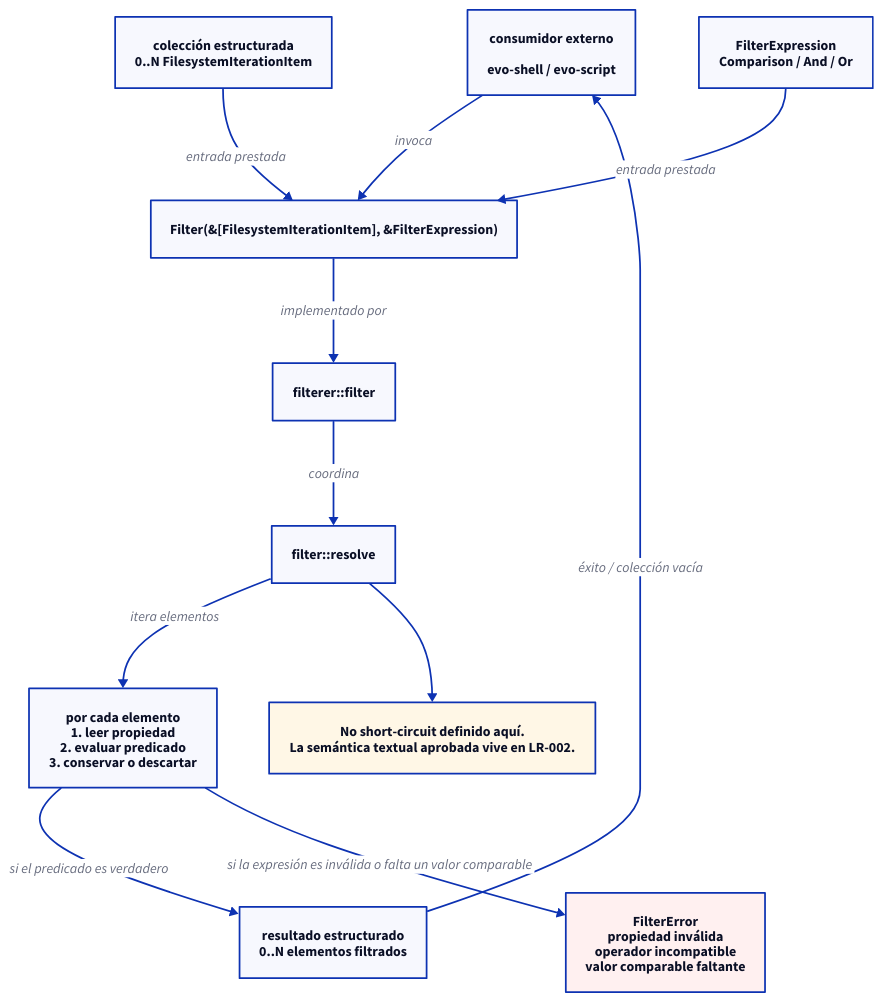
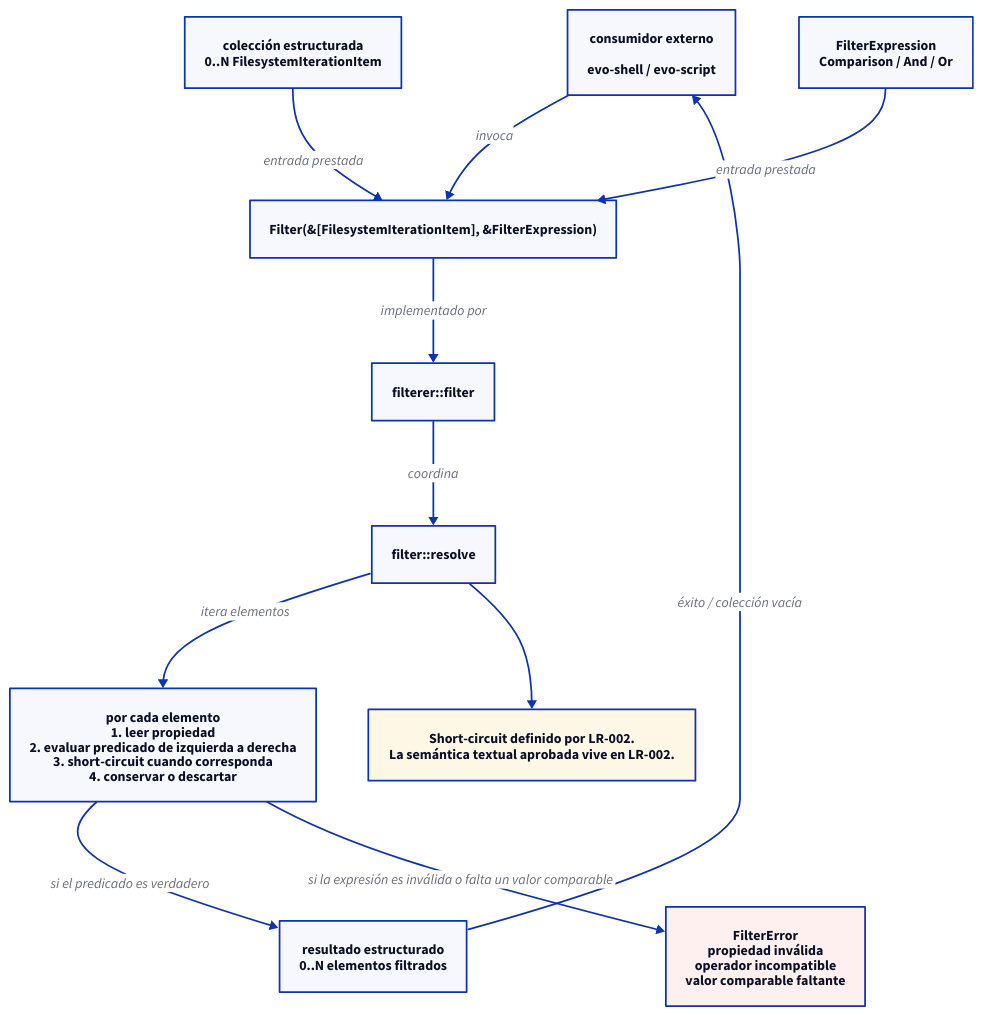
The diagram in evo-shell-engine/technical_documentation/use_cases/UC-004-filter-structured-iteration/sequence.d2 (niqel/evolution), drawn with D2 before and after one commit. The commit also changed 4 other files, not shown here.

Commit message:
fix: add short-circuit filter evaluation

```diff
--- a/evo-shell-engine/technical_documentation/use_cases/UC-004-filter-structured-iteration/sequence.d2
+++ b/evo-shell-engine/technical_documentation/use_cases/UC-004-filter-structured-iteration/sequence.d2
@@ -1,55 +1,55 @@
 direction: down
 
 consumer: "consumidor externo\n\nevo-shell / evo-script" {
   shape: rectangle
 }
 
 use_case: "Filter(&[FilesystemIterationItem], &FilterExpression)" {
   shape: rectangle
 }
 
 agent: "filterer::filter" {
   shape: rectangle
 }
 
 resolver: "filter::resolve" {
   shape: rectangle
 }
 
 items: "colección estructurada\n0..N FilesystemIterationItem" {
   shape: rectangle
 }
 
 expression: "FilterExpression\nComparison / And / Or" {
   shape: rectangle
 }
 
-evaluation: "por cada elemento\n1. leer propiedad\n2. evaluar predicado\n3. conservar o descartar" {
+evaluation: "por cada elemento\n1. leer propiedad\n2. evaluar predicado de izquierda a derecha\n3. short-circuit cuando corresponda\n4. conservar o descartar" {
   shape: rectangle
 }
 
 result: "resultado estructurado\n0..N elementos filtrados" {
   shape: rectangle
 }
 
 error: "FilterError\npropiedad inválida\noperador incompatible\nvalor comparable faltante" {
   shape: rectangle
   style.fill: "#fff0f0"
 }
 
 consumer -> use_case: "invoca"
 items -> use_case: "entrada prestada"
 expression -> use_case: "entrada prestada"
 use_case -> agent: "implementado por"
 agent -> resolver: "coordina"
 resolver -> evaluation: "itera elementos"
 evaluation -> result: "si el predicado es verdadero"
 evaluation -> error: "si la expresión es inválida o falta un valor comparable"
 result -> consumer: "éxito / colección vacía"
 
-note: "No short-circuit definido aquí.\nLa semántica textual aprobada vive en LR-002." {
+note: "Short-circuit definido por LR-002.\nLa semántica textual aprobada vive en LR-002." {
   shape: rectangle
   style.fill: "#fff7e6"
 }
 
 resolver -> note
```
